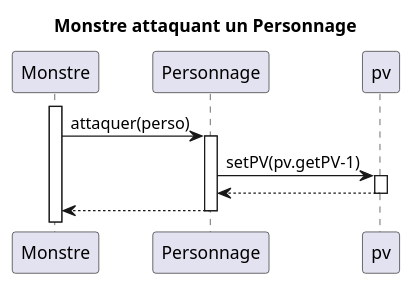
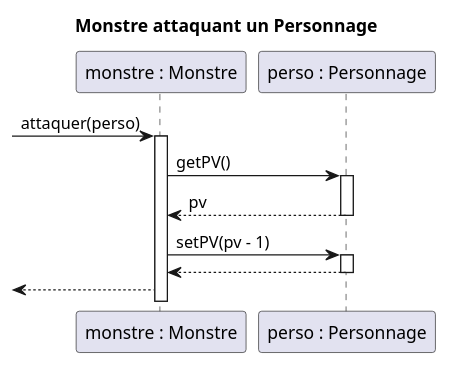
The diagram in racine_depot/documents/version_4/MonstreAttaquerPersonnage.puml (Hugo-COLLIN/BUT_INFO_S2_2022_Zeldiablo), drawn with PlantUML before and after one commit.

Commit message:
m->perso Dsequ update

```diff
--- a/racine_depot/documents/version_4/MonstreAttaquerPersonnage.puml
+++ b/racine_depot/documents/version_4/MonstreAttaquerPersonnage.puml
@@ -1,18 +1,21 @@
 @startuml
 title "Monstre attaquant un Personnage"
 
 
-participant Monstre as monst
-participant Personnage as perso
+participant "monstre : Monstre" as monst
+participant "perso : Personnage" as perso
 
+->monst:attaquer(perso)
 activate monst
-monst->perso:attaquer(perso)
+monst->perso:getPV()
 activate perso
-perso->pv:setPV(pv.getPV-1)
-activate pv
-pv-->perso
-deactivate pv
-perso-->monst
+monst<--perso : pv
+deactivate perso
+monst->perso:setPV(pv - 1)
+activate perso
+monst<--perso
+deactivate perso
+<--monst
 deactivate perso
 
 @enduml
```
